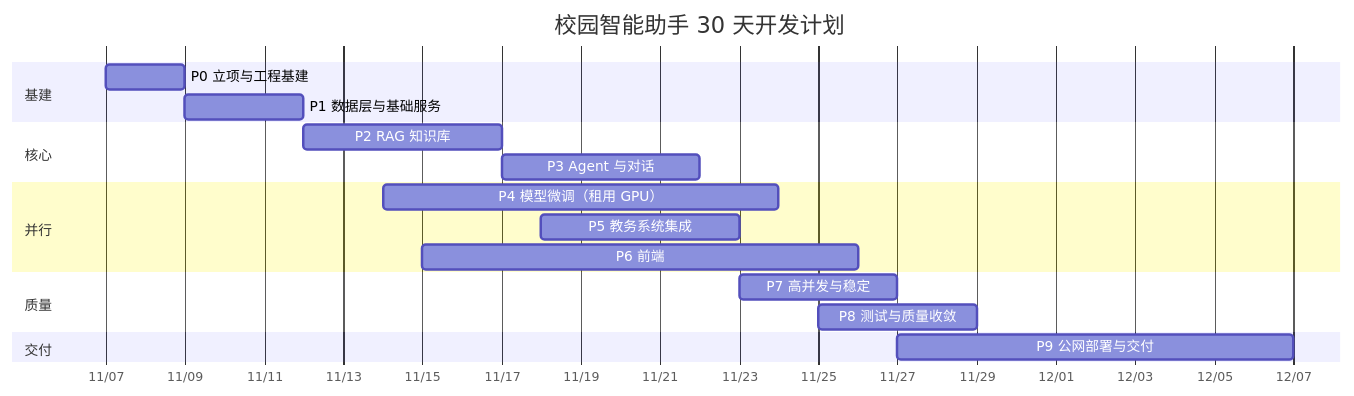
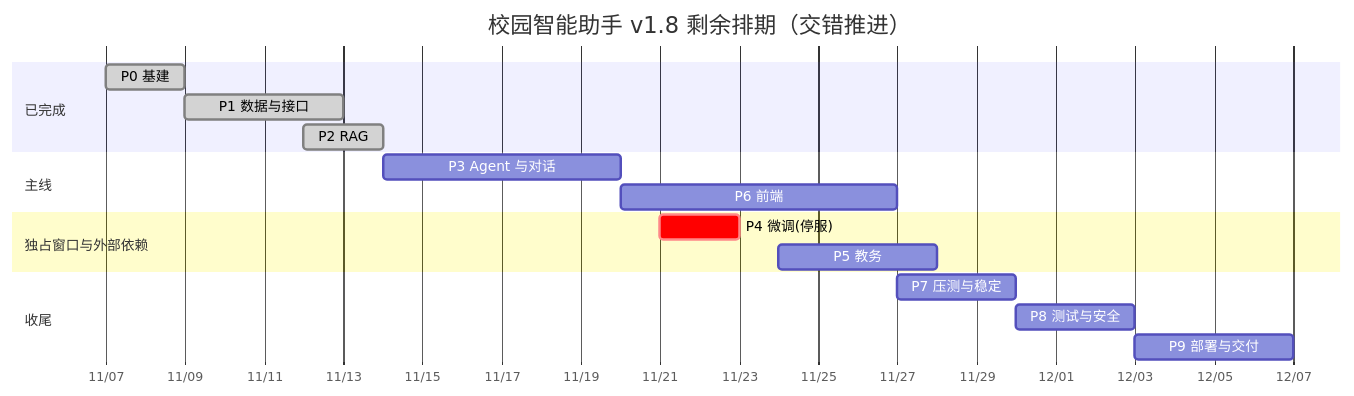
One commit to Rise-again/school-AI-helper changed the diagram in 校园智能助手_开发计划.md. Above: the diagram before and after it, drawn with Mermaid. The commit also changed other lines of this file and 3 other files, not shown here.

````diff
--- a/校园智能助手_开发计划.md
+++ b/校园智能助手_开发计划.md
@@ -507,21 +525,20 @@
 ```mermaid
 gantt
     dateFormat  YYYY-MM-DD
     axisFormat  %m/%d
-    title 校园智能助手 30 天开发计划
-    section 基建
-    P0 立项与工程基建        :p0, 2026-11-07, 2d
-    P1 数据层与基础服务      :p1, after p0, 3d
-    section 核心
-    P2 RAG 知识库            :p2, 2026-11-12, 5d
-    P3 Agent 与对话          :p3, after p2, 5d
-    section 并行
-    P4 模型微调（租用 GPU）  :p4, 2026-11-14, 10d
-    P5 教务系统集成          :p5, 2026-11-18, 5d
-    P6 前端                  :p6, 2026-11-15, 11d
-    section 质量
-    P7 高并发与稳定          :p7, 2026-11-23, 4d
-    P8 测试与质量收敛        :p8, 2026-11-25, 4d
-    section 交付
-    P9 公网部署与交付        :p9, 2026-11-27, 10d
+    title 校园智能助手 v1.8 剩余排期（交错推进）
+    section 已完成
+    P0 基建          :done, 2026-11-07, 2d
+    P1 数据与接口    :done, 2026-11-09, 4d
+    P2 RAG           :done, 2026-11-12, 2d
+    section 主线
+    P3 Agent 与对话  :2026-11-14, 6d
+    P6 前端          :2026-11-20, 7d
+    section 独占窗口与外部依赖
+    P4 微调(停服)    :crit, 2026-11-21, 2d
+    P5 教务          :2026-11-24, 4d
+    section 收尾
+    P7 压测与稳定    :2026-11-27, 3d
+    P8 测试与安全    :2026-11-30, 3d
+    P9 部署与交付    :2026-12-03, 4d
 ```
````
